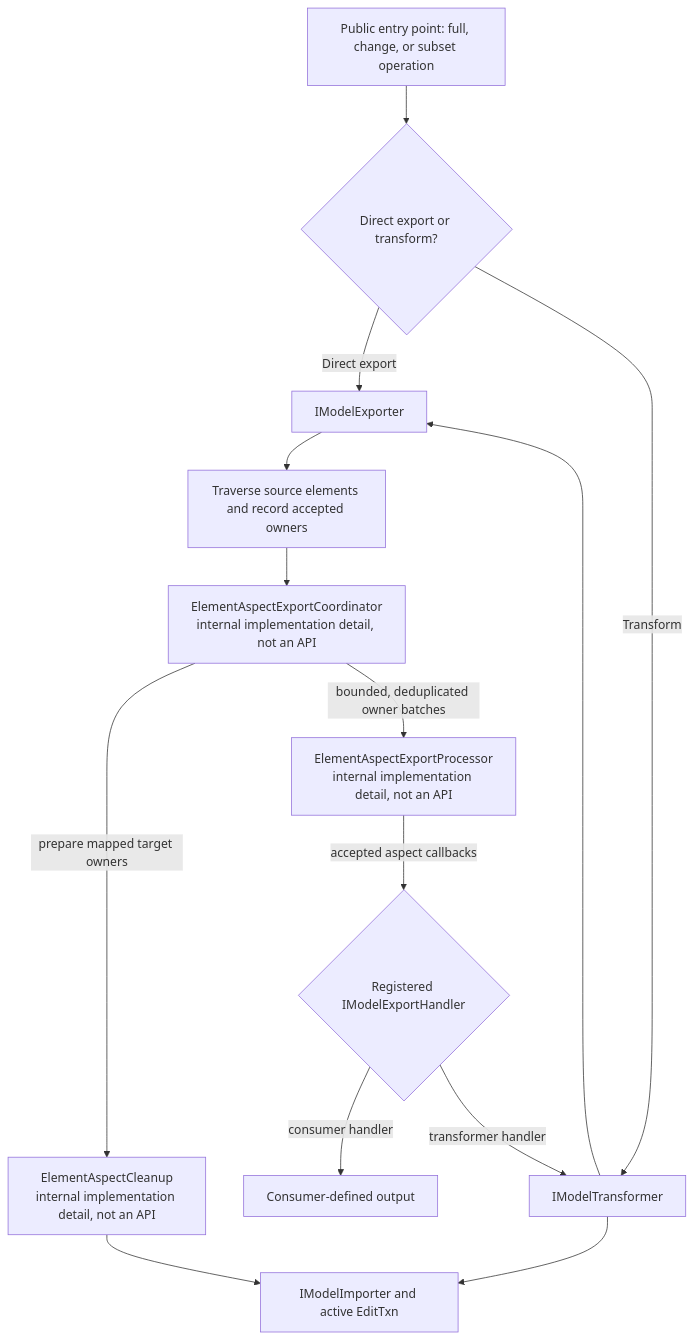
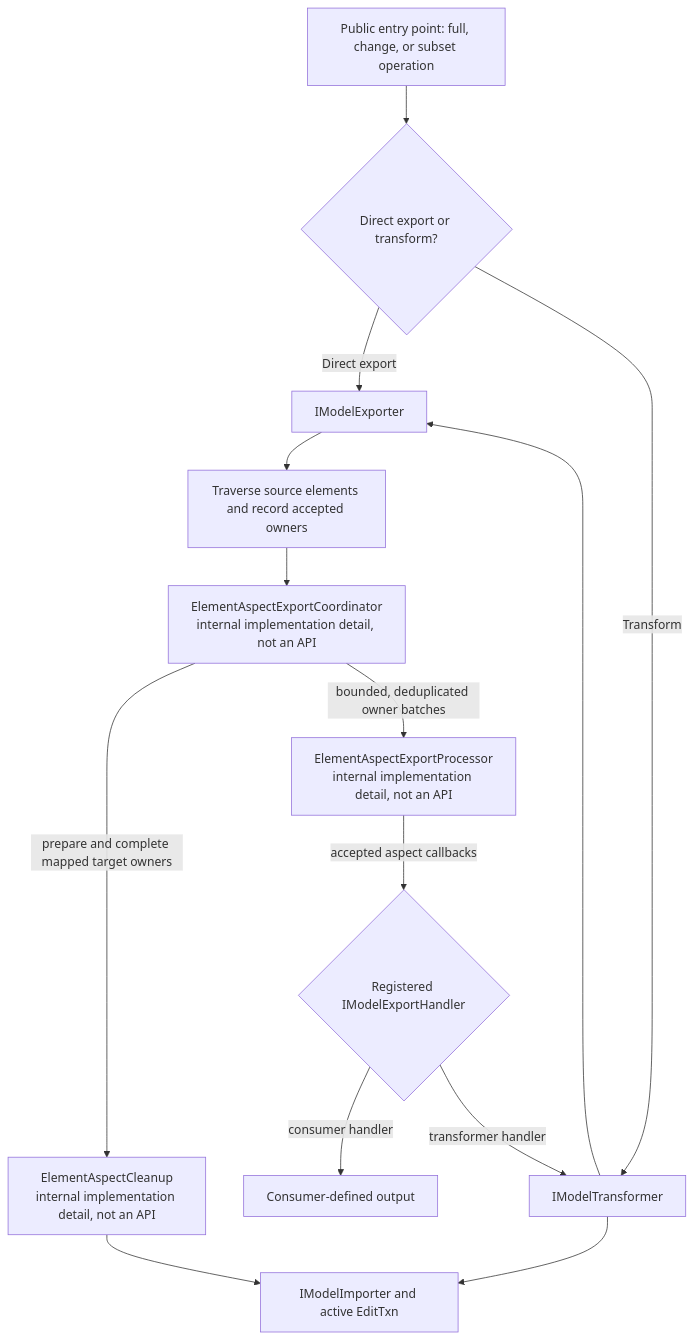
The first of 2 diagrams in docs/learning/transformer/element-aspect-processing.md (iTwin/imodel-transformer), drawn with Mermaid before and after one commit. The commit also changed other lines of this file and 11 other files, not shown here.

````diff
--- a/docs/learning/transformer/element-aspect-processing.md
+++ b/docs/learning/transformer/element-aspect-processing.md
@@ -13,16 +13,16 @@
 ```mermaid
 flowchart TD
     A["Public entry point: full, change, or subset operation"] --> B{"Direct export or transform?"}
     B -->|"Direct export"| E["IModelExporter"]
     B -->|"Transform"| T["IModelTransformer"]
     T --> E
     E --> C["Traverse source elements and record accepted owners"]
     C --> CO["ElementAspectExportCoordinator<br/>internal implementation detail, not an API"]
-    CO -->|"prepare mapped target owners"| CL["ElementAspectCleanup<br/>internal implementation detail, not an API"]
+    CO -->|"prepare and complete mapped target owners"| CL["ElementAspectCleanup<br/>internal implementation detail, not an API"]
     CL --> I["IModelImporter and active EditTxn"]
     CO -->|"bounded, deduplicated owner batches"| P["ElementAspectExportProcessor<br/>internal implementation detail, not an API"]
     P -->|"accepted aspect callbacks"| H{"Registered IModelExportHandler"}
     H -->|"consumer handler"| U["Consumer-defined output"]
     H -->|"transformer handler"| T
     T --> I
 ```
````
